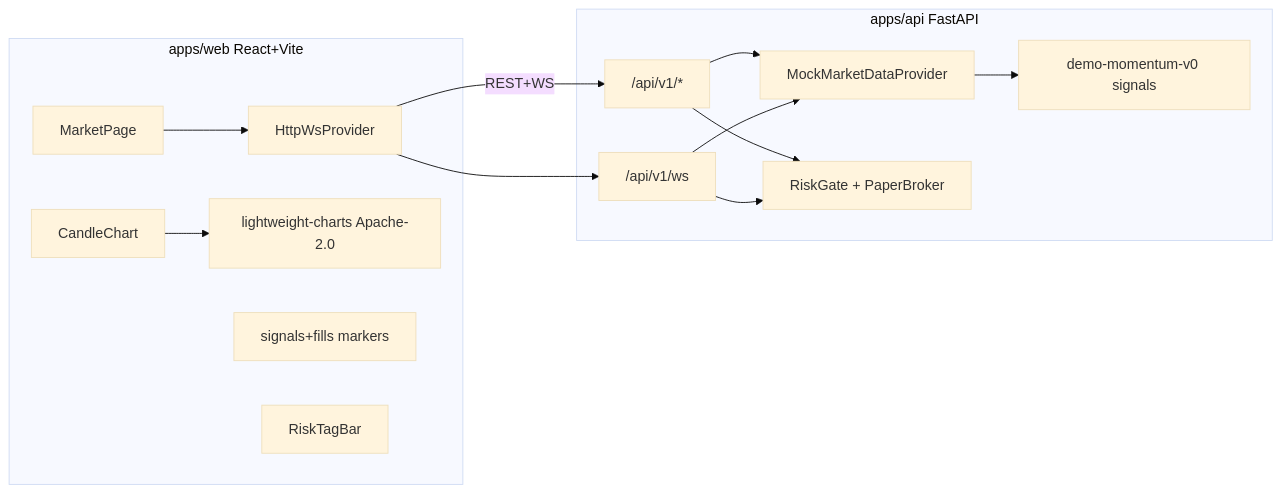
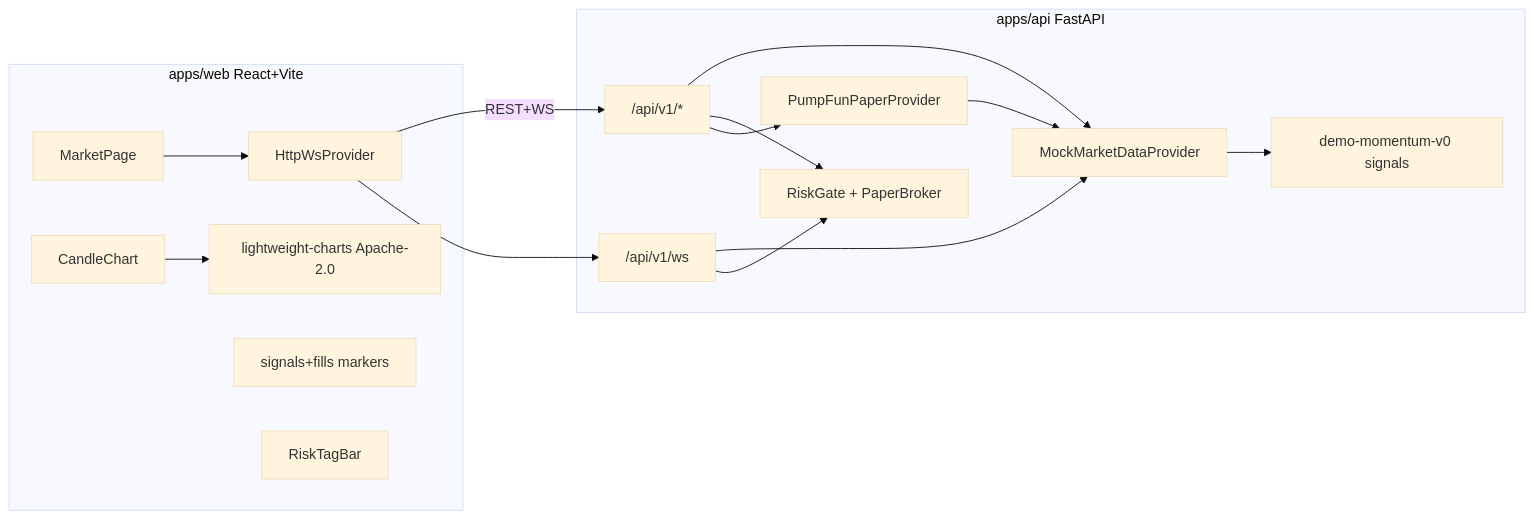
The diagram in docs/architecture.md (Douriff/AUU), drawn with Mermaid (base theme) before and after one commit. The commit also changed other lines of this file and 32 other files, not shown here.

First line of the commit message:
feat: switch venue to pump.fun paper/mock bonding curve

````diff
--- a/docs/architecture.md
+++ b/docs/architecture.md
@@ -3,23 +3,26 @@
 ```mermaid
 flowchart LR
   subgraph web [apps/web React+Vite]
     MarketPage --> HttpWsProvider
     CandleChart --> LWC[lightweight-charts Apache-2.0]
     Overlay[signals+fills markers]
     RiskTagBar
   end
   subgraph api [apps/api FastAPI]
     REST["/api/v1/*"]
     WS["/api/v1/ws"]
     Mock[MockMarketDataProvider]
     Demo[demo-momentum-v0 signals]
     Paper[RiskGate + PaperBroker]
+    Pump[PumpFunPaperProvider]
   end
   HttpWsProvider -->|REST+WS| REST
   HttpWsProvider --> WS
   REST --> Mock
   REST --> Paper
+  REST --> Pump
   WS --> Mock
   WS --> Paper
   Mock --> Demo
+  Pump --> Mock
 ```
````
